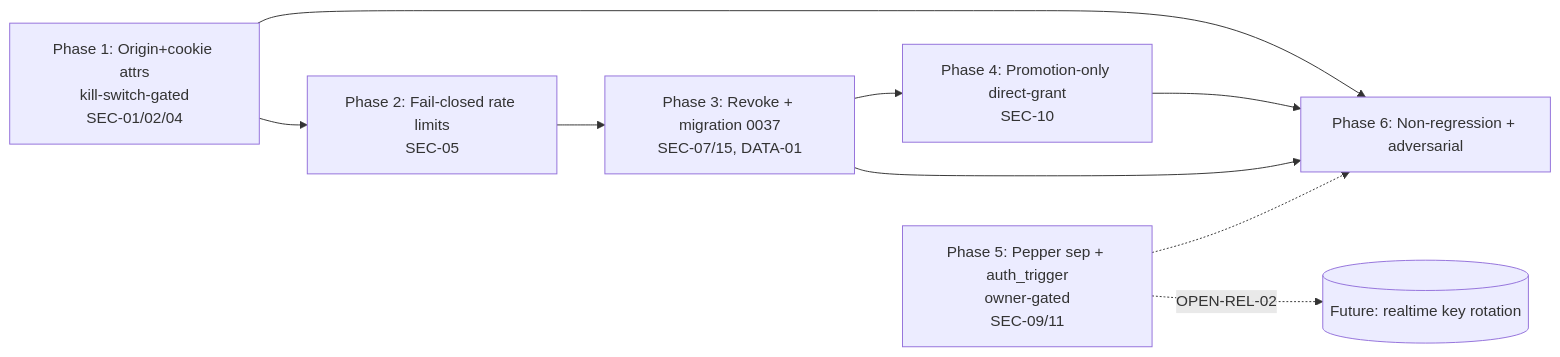
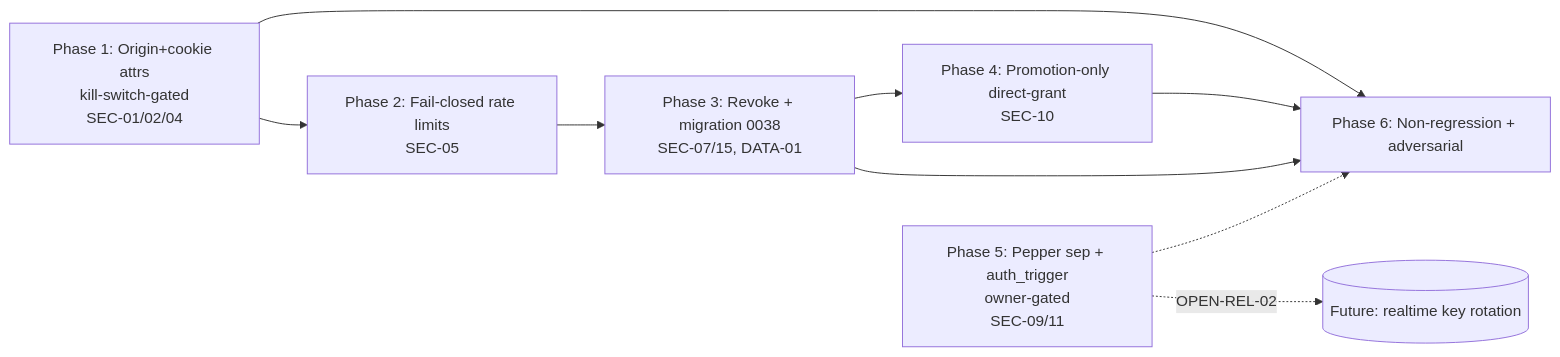
The diagram in .ai/03_plans/2026-07-07-invite-token-flow-hardening/README.md (pjel888/archestimator), drawn with Mermaid before and after one commit. The commit also changed other lines of this file and 48 other files, not shown here.

````diff
--- a/.ai/03_plans/2026-07-07-invite-token-flow-hardening/README.md
+++ b/.ai/03_plans/2026-07-07-invite-token-flow-hardening/README.md
@@ -58,11 +58,11 @@
 ```mermaid
 flowchart LR
   P1[Phase 1: Origin+cookie attrs<br/>kill-switch-gated<br/>SEC-01/02/04] --> P2[Phase 2: Fail-closed rate limits<br/>SEC-05]
   P1 --> P6[Phase 6: Non-regression + adversarial]
-  P2 --> P3[Phase 3: Revoke + migration 0037<br/>SEC-07/15, DATA-01]
+  P2 --> P3[Phase 3: Revoke + migration 0038<br/>SEC-07/15, DATA-01]
   P3 --> P4[Phase 4: Promotion-only direct-grant<br/>SEC-10]
   P4 --> P6
   P3 --> P6
   P5[Phase 5: Pepper sep + auth_trigger<br/>owner-gated<br/>SEC-09/11] -.-> P6
   P5 -.OPEN-REL-02.-> RT[(Future: realtime key rotation)]
 ```
````
